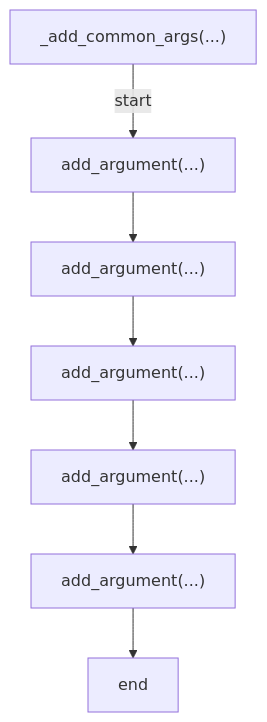
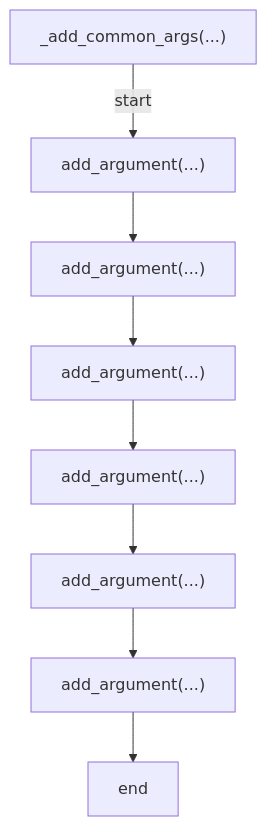
Before and after one commit to tvna/claude-md: the tenth of 17 diagrams in docs/generated/scripts/ast/labels_apply.md, drawn with Mermaid. The commit also changed other lines of this file and 2 other files, not shown here.

First line of the commit message:
docs(generated): regenerate decision tree and workflow diagrams

````diff
--- a/docs/generated/scripts/ast/labels_apply.md
+++ b/docs/generated/scripts/ast/labels_apply.md
@@ -187,16 +214,18 @@
 ```mermaid
 flowchart TD
     N001["_add_common_args(...)"]
     N002["add_argument(...)"]
     N003["add_argument(...)"]
     N004["add_argument(...)"]
     N005["add_argument(...)"]
     N006["add_argument(...)"]
-    N007["end"]
+    N007["add_argument(...)"]
+    N008["end"]
     N001 -->|"start"| N002
     N002 --> N003
     N003 --> N004
     N004 --> N005
     N005 --> N006
     N006 --> N007
+    N007 --> N008
 ```
````
